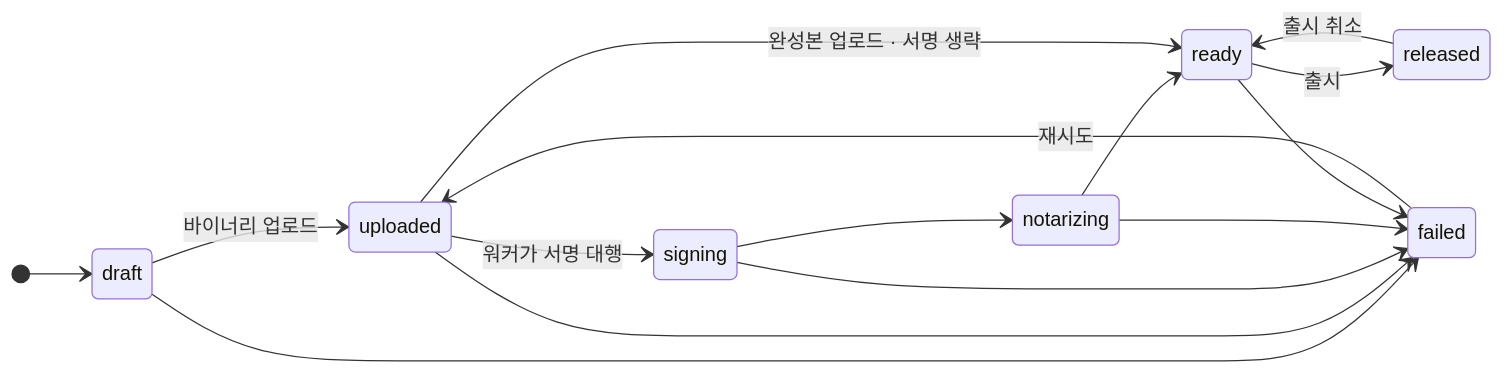
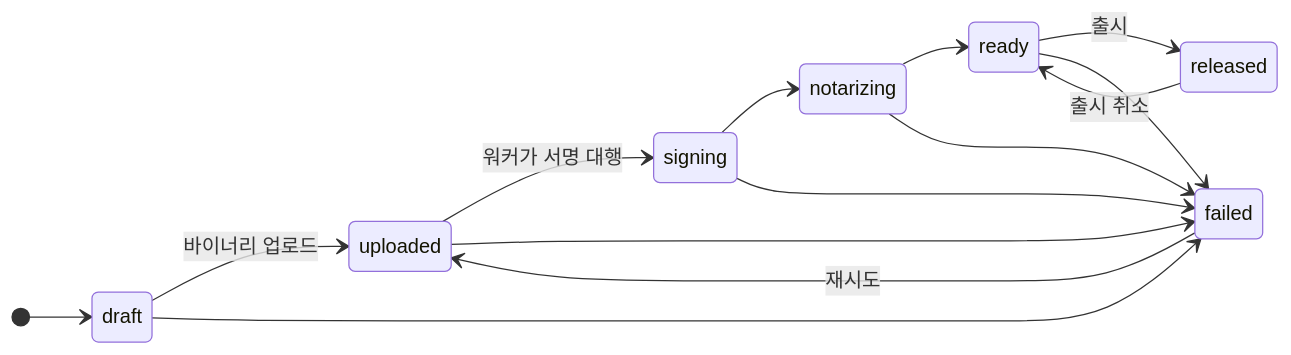
Before and after one commit to knine79/alley-store: the second of 2 diagrams in docs/design.md, drawn with Mermaid. The commit also changed other lines of this file and 20 other files, not shown here.

````diff
--- a/docs/design.md
+++ b/docs/design.md
@@ -292,19 +292,18 @@
 ```mermaid
 stateDiagram-v2
     direction LR
     [*] --> draft
     draft --> uploaded: 바이너리 업로드
     uploaded --> signing: 워커가 서명 대행
     signing --> notarizing
     notarizing --> ready
-    uploaded --> ready: 완성본 업로드 · 서명 생략
     ready --> released: 출시
     released --> ready: 출시 취소
 
     draft --> failed
     uploaded --> failed
     signing --> failed
     notarizing --> failed
     ready --> failed
     failed --> uploaded: 재시도
 ```
````
